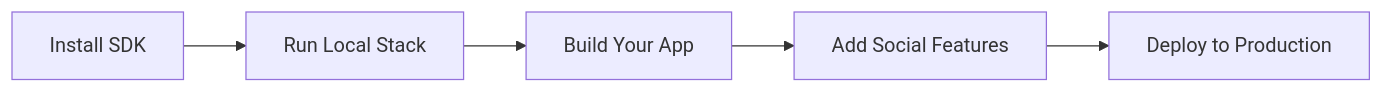
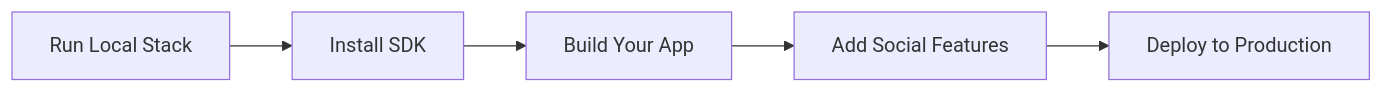
Before and after one commit to pubky/pubky-knowledge-base-v2: the diagram in src/content/docs/explore/pubkycore/getting-started.md, drawn with Mermaid. The commit also changed other lines of this file, not shown here.

````diff
--- a/src/content/docs/explore/pubkycore/getting-started.md
+++ b/src/content/docs/explore/pubkycore/getting-started.md
@@ -7,7 +7,7 @@
 ```mermaid
 flowchart LR
-    SDK[Install SDK] --> Stack[Run Local Stack]
-    Stack --> App[Build Your App]
+    Stack[Run Local Stack] --> SDK[Install SDK]
+    SDK --> App[Build Your App]
     App --> Features[Add Social Features]
     Features --> Deploy[Deploy to Production]
 ```
````
